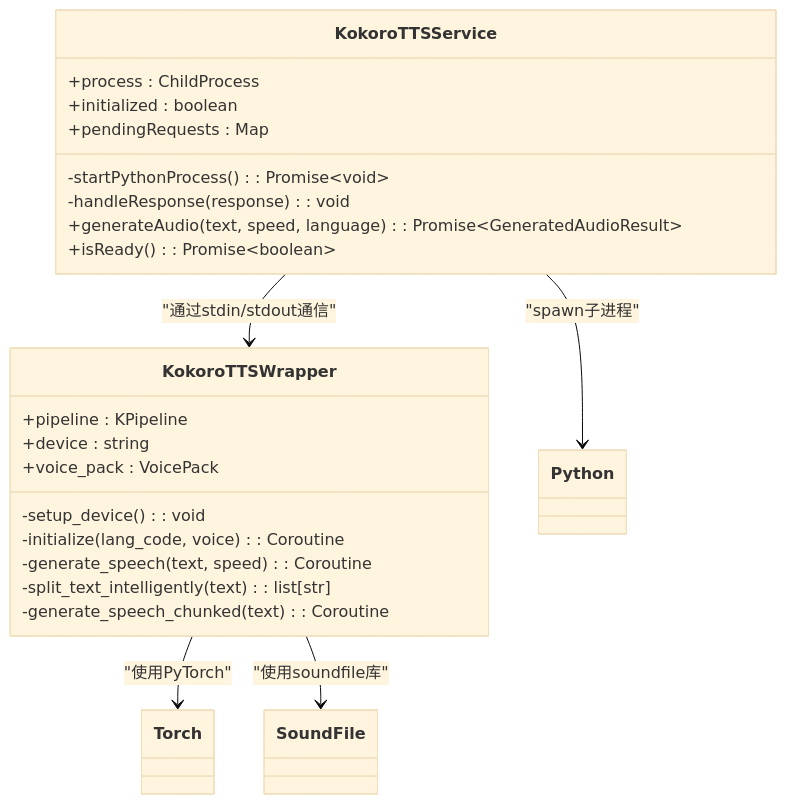
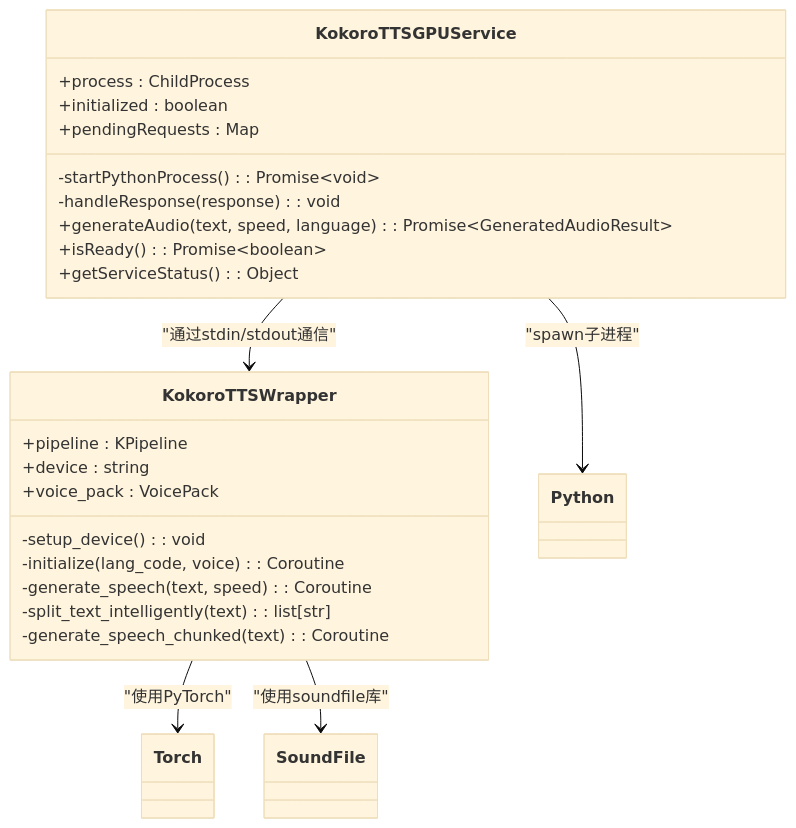
Before and after one commit to arthurlee116/english-listening-trainer: the second of 5 diagrams in .qoder/repowiki/zh/content/核心功能模块/核心功能模块.md, drawn with Mermaid (base theme). The commit also changed other lines of this file and 58 other files, not shown here.

````diff
--- a/.qoder/repowiki/zh/content/核心功能模块/核心功能模块.md
+++ b/.qoder/repowiki/zh/content/核心功能模块/核心功能模块.md
@@ -86,26 +92,27 @@
 ```mermaid
 classDiagram
-class KokoroTTSService {
+class KokoroTTSGPUService {
 +process : ChildProcess
 +initialized : boolean
 +pendingRequests : Map
 -startPythonProcess() : Promise~void~
 -handleResponse(response) : void
 +generateAudio(text, speed, language) : Promise~GeneratedAudioResult~
 +isReady() : Promise~boolean~
++getServiceStatus() : Object
 }
 class KokoroTTSWrapper {
 +pipeline : KPipeline
 +device : string
 +voice_pack : VoicePack
 -setup_device() : void
 -initialize(lang_code, voice) : Coroutine
 -generate_speech(text, speed) : Coroutine
 -split_text_intelligently(text) : list[str]
 -generate_speech_chunked(text) : Coroutine
 }
-KokoroTTSService --> KokoroTTSWrapper : "通过stdin/stdout通信"
-KokoroTTSService --> Python : "spawn子进程"
+KokoroTTSGPUService --> KokoroTTSWrapper : "通过stdin/stdout通信"
+KokoroTTSGPUService --> Python : "spawn子进程"
 KokoroTTSWrapper --> Torch : "使用PyTorch"
 KokoroTTSWrapper --> SoundFile : "使用soundfile库"
 ```
````
